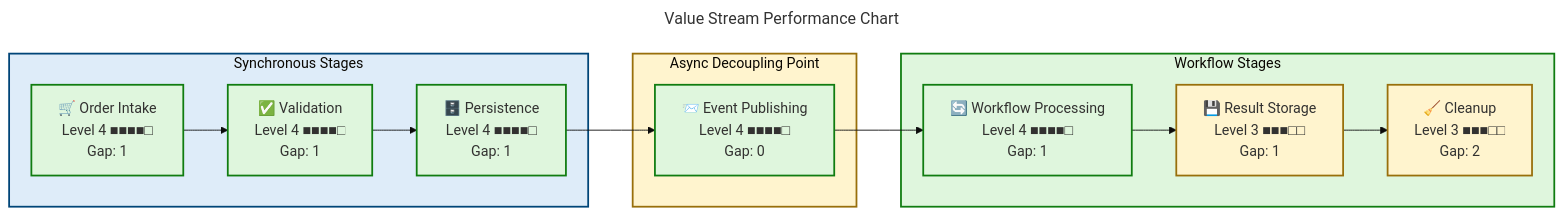
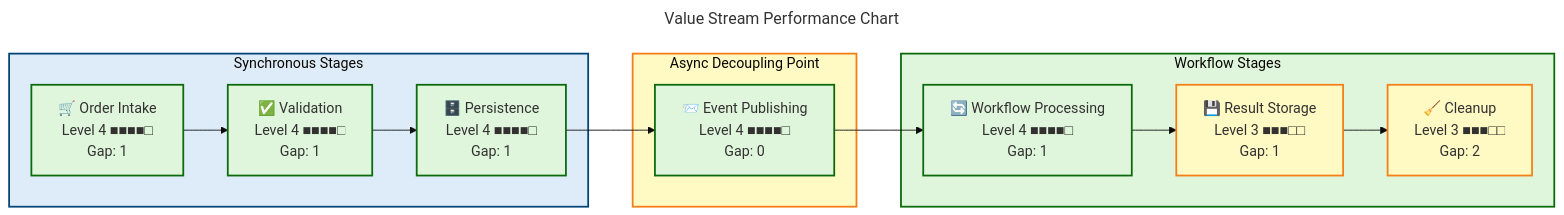
Before and after one commit to Evilazaro/Azure-LogicApps-Monitoring: the seventh of 13 diagrams in docs/architecture/Business-Layer-Architecture.md, drawn with Mermaid. The commit also changed other lines of this file and 3 other files, not shown here.

Commit message:
docs: update color definitions in architecture diagrams for improved clarity and consistency

````diff
--- a/docs/architecture/Business-Layer-Architecture.md
+++ b/docs/architecture/Business-Layer-Architecture.md
@@ -551,49 +551,49 @@
 ```mermaid
 ---
 title: "Value Stream Performance Chart"
 config:
   theme: base
   themeVariables:
     fontSize: '16px'
   flowchart:
     htmlLabels: false
 ---
 flowchart LR
     accTitle: Value Stream Performance Chart
     accDescr: Shows the Order-to-Fulfillment value stream stages with current maturity level, instrumentation status, and gap indicators for each stage
 
     %% ═══════════════════════════════════════════════════════════════
     %% AZURE / FLUENT ARCHITECTURE PATTERN v1.1
     %% Generated: 2026-02-18T10:30:00Z
     %% Layer: Business
     %% Components: 7
     %% ═══════════════════════════════════════════════════════════════
 
     subgraph sync ["Synchronous Stages"]
         intake["🛒 Order Intake\nLevel 4 ■■■■□\nGap: 1"]
         validate["✅ Validation\nLevel 4 ■■■■□\nGap: 1"]
         persist["🗄️ Persistence\nLevel 4 ■■■■□\nGap: 1"]
     end
 
     subgraph async ["Async Decoupling Point"]
         publish["📨 Event Publishing\nLevel 4 ■■■■□\nGap: 0"]
     end
 
     subgraph workflow ["Workflow Stages"]
         process["🔄 Workflow Processing\nLevel 4 ■■■■□\nGap: 1"]
         store["💾 Result Storage\nLevel 3 ■■■□□\nGap: 1"]
         cleanup["🧹 Cleanup\nLevel 3 ■■■□□\nGap: 2"]
     end
 
     intake --> validate --> persist --> publish --> process --> store --> cleanup
 
     style sync fill:#DEECF9,stroke:#004578,stroke-width:2px,color:#323130
-    style async fill:#FFF4CE,stroke:#986F0B,stroke-width:2px,color:#323130
-    style workflow fill:#DFF6DD,stroke:#107C10,stroke-width:2px,color:#323130
+    style async fill:#FFF9C4,stroke:#F57F17,stroke-width:2px,color:#323130
+    style workflow fill:#DFF6DD,stroke:#0B6A0B,stroke-width:2px,color:#323130
 
-    classDef measured fill:#DFF6DD,stroke:#107C10,stroke-width:2px,color:#323130
-    classDef defined fill:#FFF4CE,stroke:#986F0B,stroke-width:2px,color:#323130
+    classDef measured fill:#DFF6DD,stroke:#0B6A0B,stroke-width:2px,color:#323130
+    classDef defined fill:#FFF9C4,stroke:#F57F17,stroke-width:2px,color:#323130
 
     class intake,validate,persist,publish,process measured
     class store,cleanup defined
 ```
````
